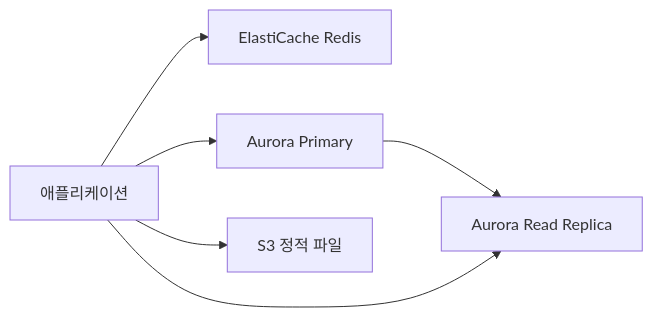
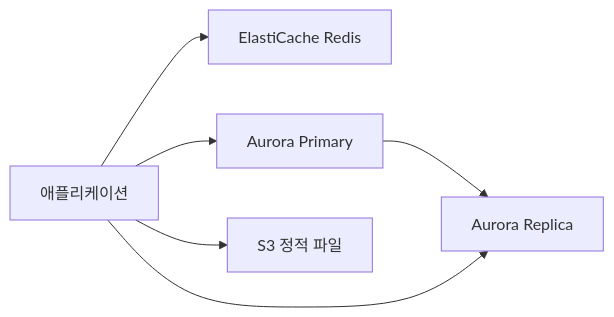
Before and after one commit to yjkim2015/yjkim2015.github.io: the eighth of 9 diagrams in _posts/cloud/2026-05-03-aws-core-services.md, drawn with Mermaid. The commit also changed other lines of this file and 245 other files, not shown here.

First line of the commit message:
Mermaid 다이어그램 전면 수정 + 면접 포인트 접기/펼치기 + DB 데드락 페이지

````diff
--- a/_posts/cloud/2026-05-03-aws-core-services.md
+++ b/_posts/cloud/2026-05-03-aws-core-services.md
@@ -898,8 +898,8 @@
 ```mermaid
 graph LR
     APP[애플리케이션] --> CACHE[ElastiCache Redis]
     APP --> DB[Aurora Primary]
-    DB --> RR[Aurora Read Replica]
+    DB --> RR[Aurora Replica]
     APP --> RR
     APP --> S3[S3 정적 파일]
 ```
````
